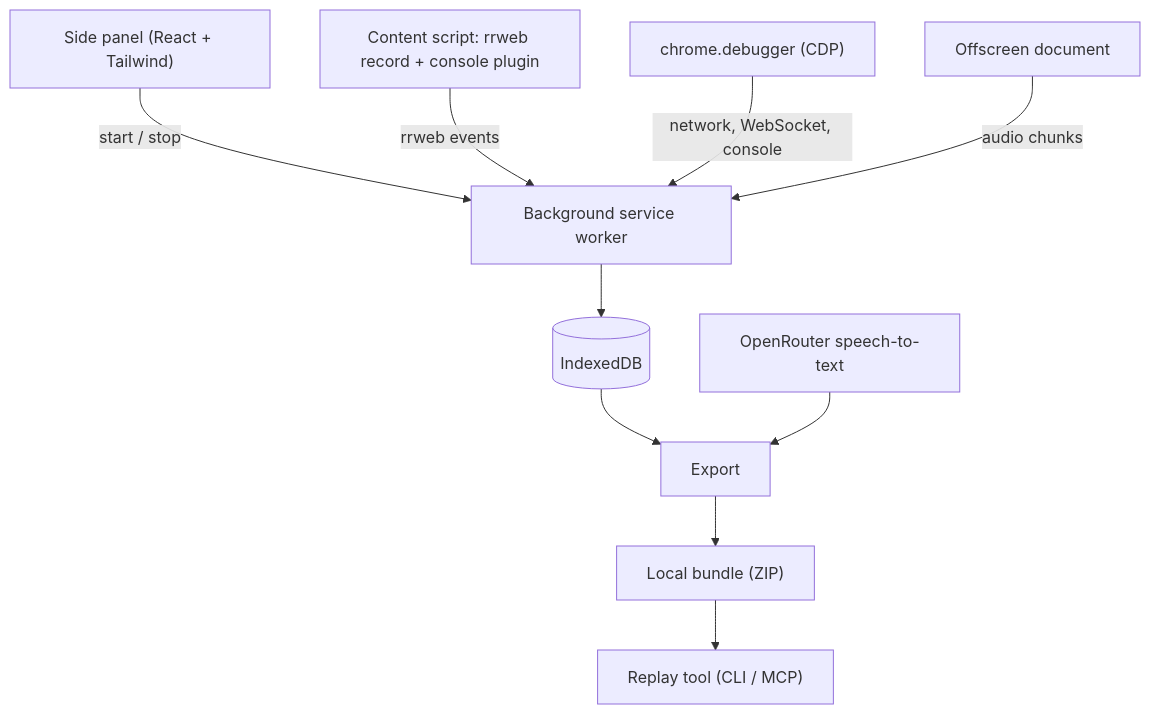
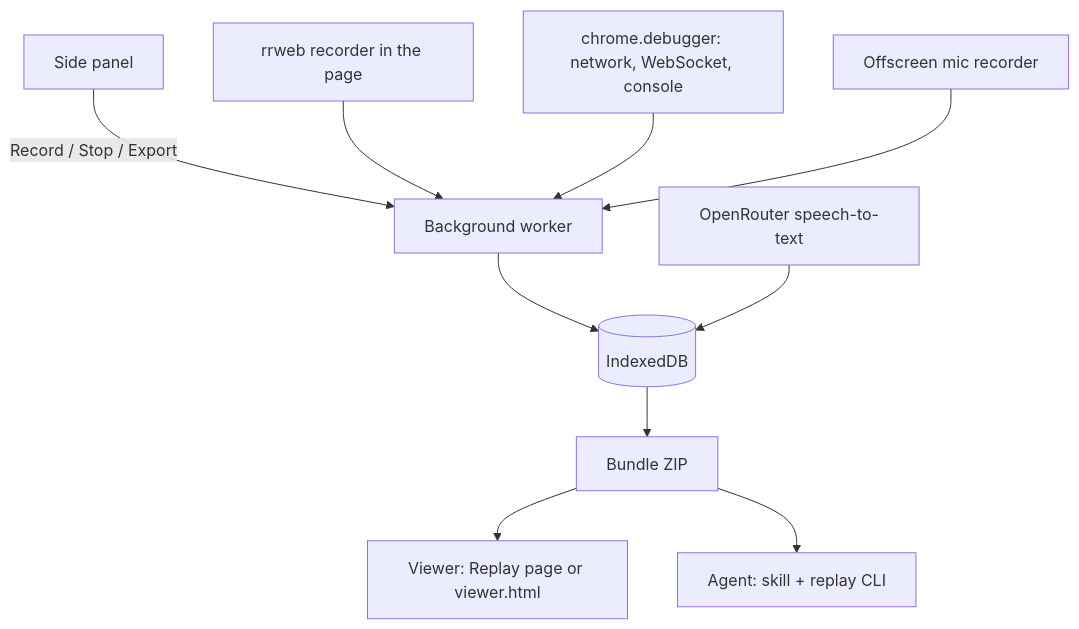
The diagram in docs/architecture.md (cyrillbrito/blook), drawn with Mermaid before and after one commit. The commit also changed other lines of this file and 62 other files, not shown here.

Commit message:
Initial bundle of extension, viewer, CLI, and docs

````diff
--- a/docs/architecture.md
+++ b/docs/architecture.md
@@ -7,12 +5,12 @@
 ```mermaid
 flowchart TD
-  P["Side panel (React + Tailwind)"] -->|"start / stop"| BG["Background service worker"]
-  RR["Content script: rrweb record + console plugin"] -->|"rrweb events"| BG
-  DBG["chrome.debugger (CDP)"] -->|"network, WebSocket, console"| BG
-  OFF["Offscreen document"] -->|"audio chunks"| BG
+  P["Side panel"] -->|"Record / Stop / Export"| BG["Background worker"]
+  RR["rrweb recorder in the page"] --> BG
+  CDP["chrome.debugger: network, WebSocket, console"] --> BG
+  MIC["Offscreen mic recorder"] --> BG
   BG --> DB[("IndexedDB")]
-  DB --> EXP["Export"]
-  STT["OpenRouter speech-to-text"] --> EXP
-  EXP --> ZIP["Local bundle (ZIP)"]
-  ZIP --> RT["Replay tool (CLI / MCP)"]
+  STT["OpenRouter speech-to-text"] --> DB
+  DB --> ZIP["Bundle ZIP"]
+  ZIP --> V["Viewer: Replay page or viewer.html"]
+  ZIP --> A["Agent: skill + replay CLI"]
 ```
````
